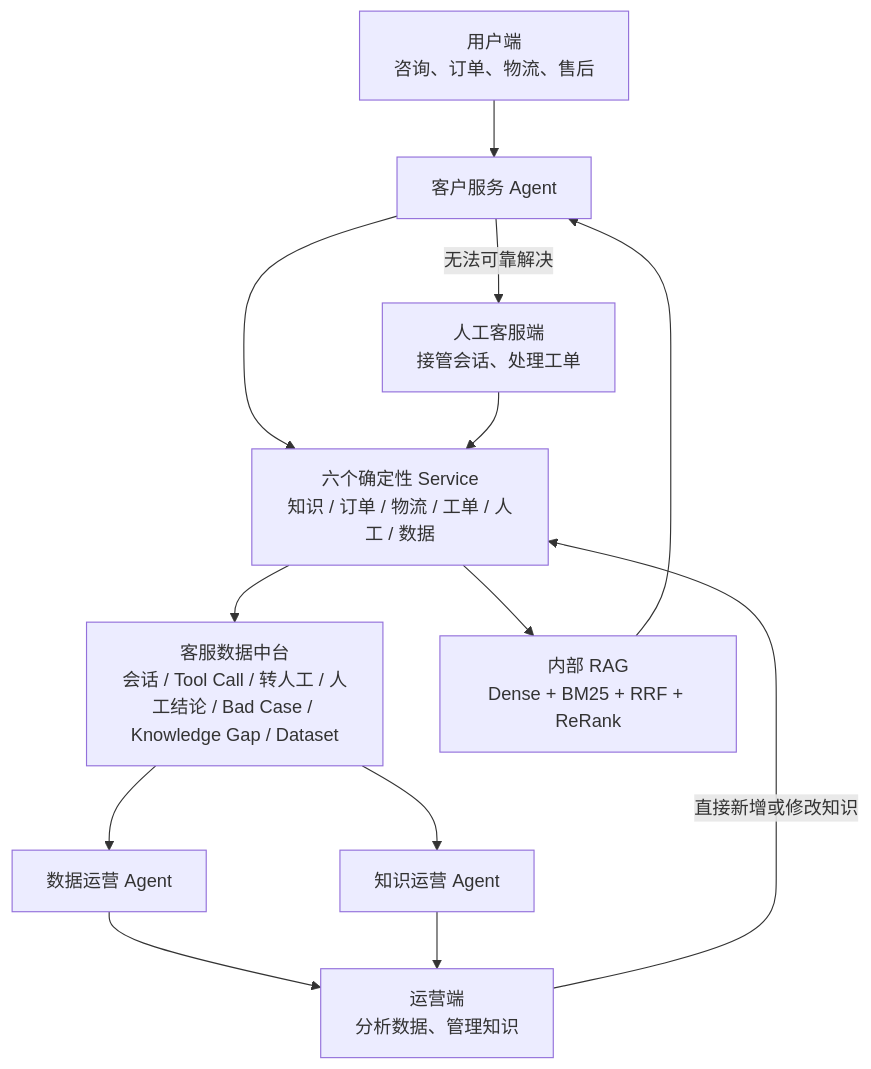
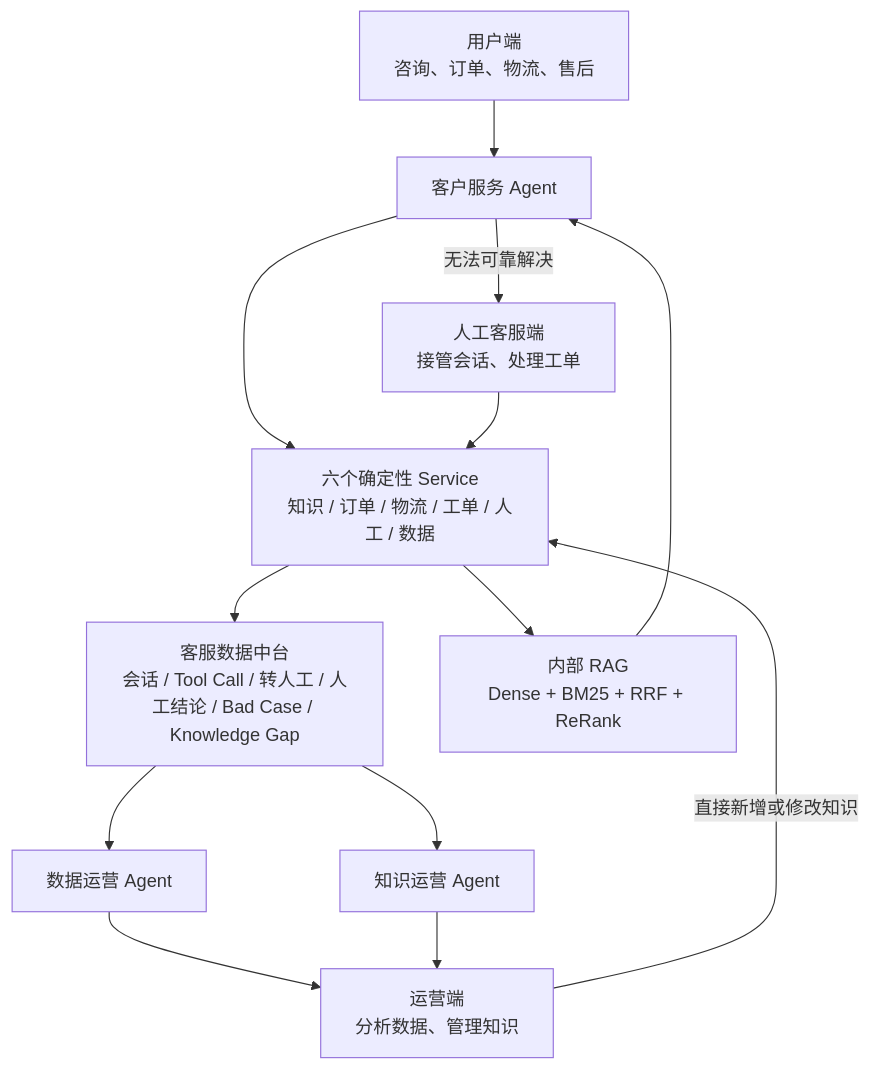
Before and after one commit to spaceholdeer/serviceloop-ai: the diagram in README.md, drawn with Mermaid. The commit also changed other lines of this file and 40 other files, not shown here.

````diff
--- a/README.md
+++ b/README.md
@@ -50,27 +51,27 @@
 ```mermaid
 flowchart TB
     Customer["用户端<br/>咨询、订单、物流、售后"]
     Workspace["人工客服端<br/>接管会话、处理工单"]
     Operations["运营端<br/>分析数据、管理知识"]
 
     CSA["客户服务 Agent"]
     DOA["数据运营 Agent"]
     KOA["知识运营 Agent"]
 
     Services["六个确定性 Service<br/>知识 / 订单 / 物流 / 工单 / 人工 / 数据"]
-    Data["客服数据中台<br/>会话 / Tool Call / 转人工 / 人工结论 / Bad Case / Knowledge Gap / Dataset"]
+    Data["客服数据中台<br/>会话 / Tool Call / 转人工 / 人工结论 / Bad Case / Knowledge Gap"]
     RAG["内部 RAG<br/>Dense + BM25 + RRF + ReRank"]
 
     Customer --> CSA
     CSA --> Services
     CSA -->|无法可靠解决| Workspace
     Workspace --> Services
     Services --> Data
     Data --> DOA
     Data --> KOA
     DOA --> Operations
     KOA --> Operations
     Operations -->|直接新增或修改知识| Services
     Services --> RAG
     RAG --> CSA
 ```
````
